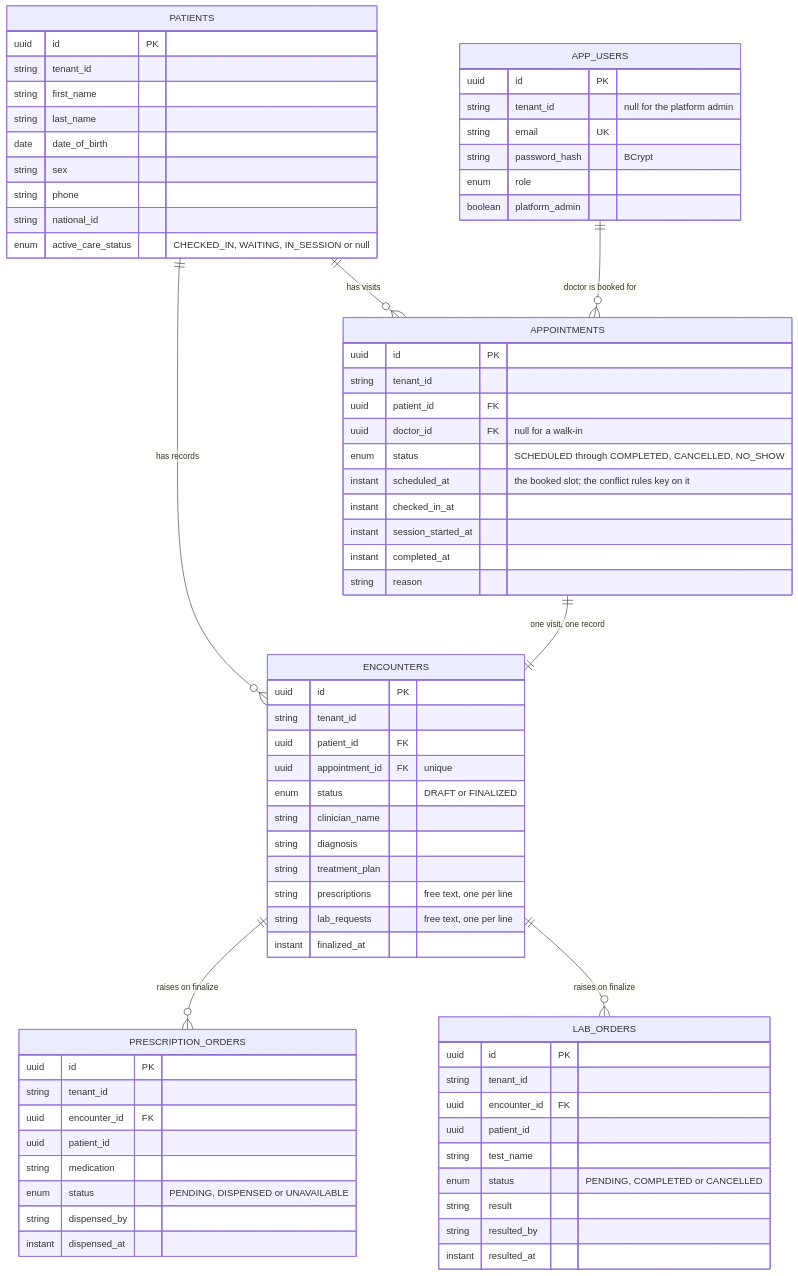
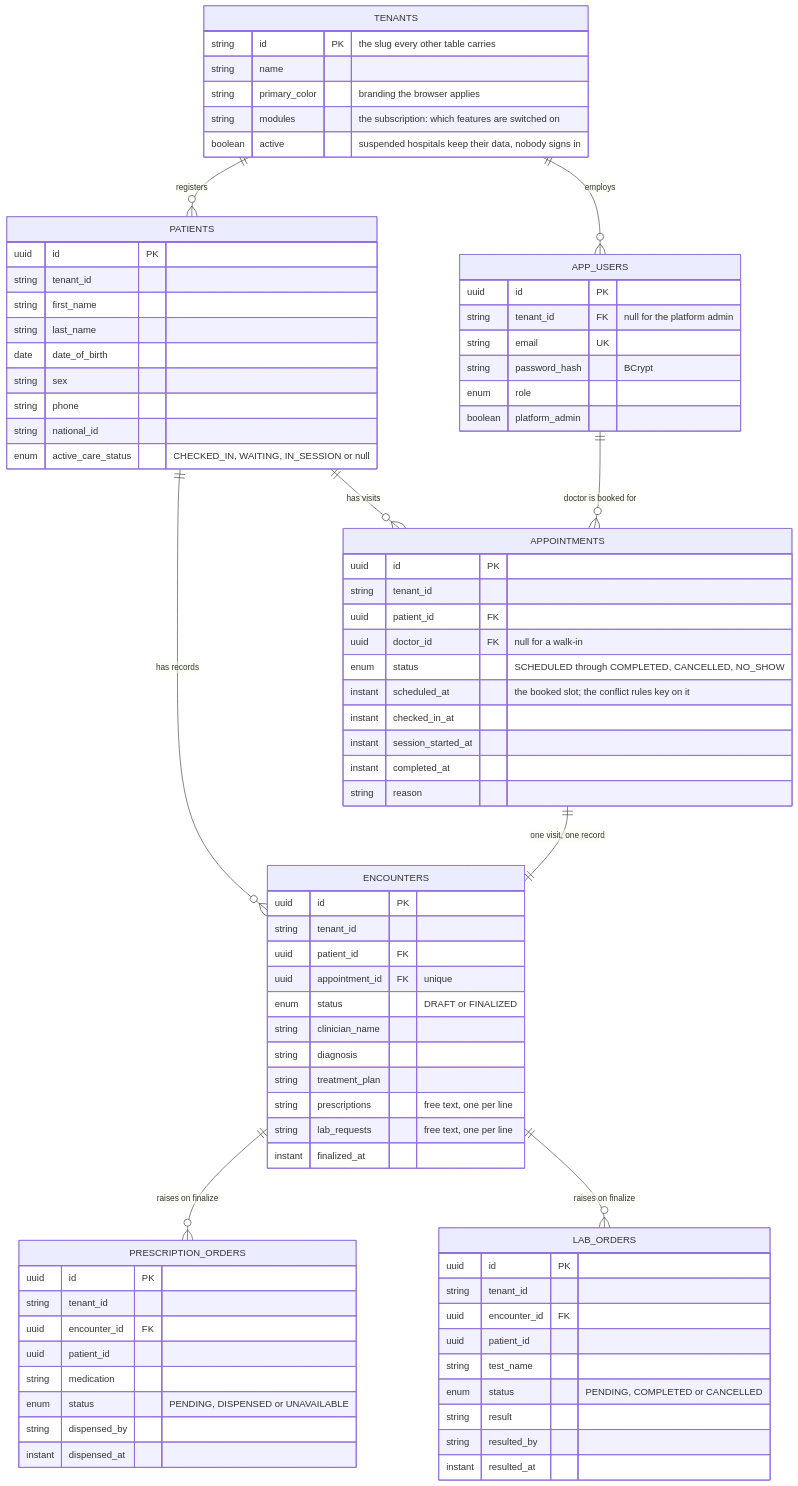
Before and after one commit to hadijahkyampeire/eClinician: the second of 7 diagrams in docs/architecture.md, drawn with Mermaid. The commit also changed other lines of this file and 6 other files, not shown here.

First line of the commit message:
describe the console, the tenants table and the tiles that now agree

````diff
--- a/docs/architecture.md
+++ b/docs/architecture.md
@@ -74,5 +74,7 @@
 ```mermaid
 erDiagram
+    TENANTS ||--o{ APP_USERS : "employs"
+    TENANTS ||--o{ PATIENTS : "registers"
     PATIENTS ||--o{ APPOINTMENTS : "has visits"
     PATIENTS ||--o{ ENCOUNTERS : "has records"
     APP_USERS ||--o{ APPOINTMENTS : "doctor is booked for"
@@ -139,10 +141,17 @@
     }
     APP_USERS {
         uuid id PK
-        string tenant_id "null for the platform admin"
+        string tenant_id FK "null for the platform admin"
         string email UK
         string password_hash "BCrypt"
         enum role
         boolean platform_admin
     }
+    TENANTS {
+        string id PK "the slug every other table carries"
+        string name
+        string primary_color "branding the browser applies"
+        string modules "the subscription: which features are switched on"
+        boolean active "suspended hospitals keep their data, nobody signs in"
+    }
 ```
````
